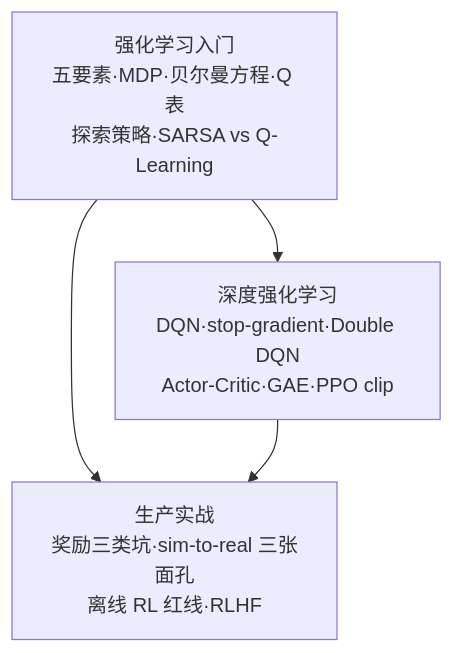
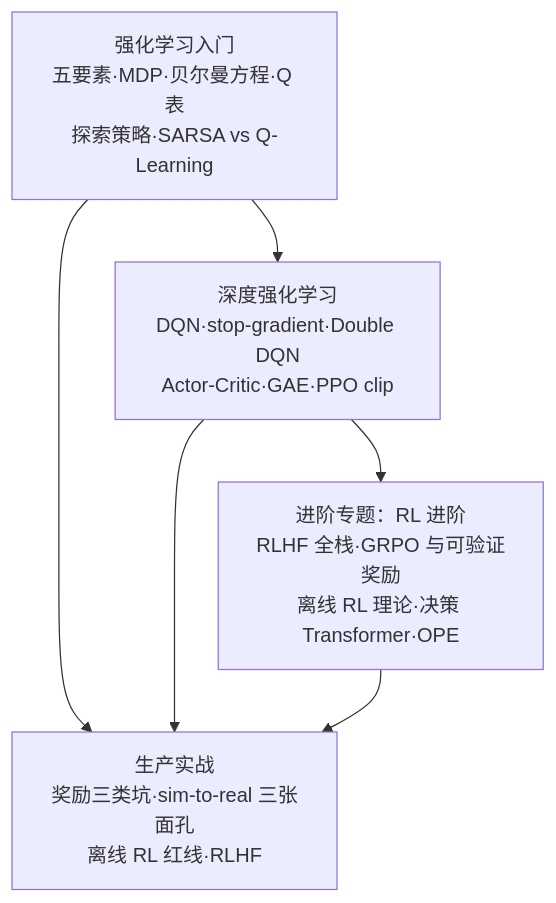
One commit to lizhengzhong20-sketch/model_learning changed the diagram in docs/4-专业方向/10-强化学习/README.md. Above: the diagram before and after it, drawn with Mermaid. The commit also changed other lines of this file and 82 other files, not shown here.

````diff
--- a/docs/4-专业方向/10-强化学习/README.md
+++ b/docs/4-专业方向/10-强化学习/README.md
@@ -9,6 +9,8 @@
 ```mermaid
 graph TD
     A["强化学习入门<br/>五要素·MDP·贝尔曼方程·Q 表<br/>探索策略·SARSA vs Q-Learning"] --> B["深度强化学习<br/>DQN·stop-gradient·Double DQN<br/>Actor-Critic·GAE·PPO clip"]
     A --> C["生产实战<br/>奖励三类坑·sim-to-real 三张面孔<br/>离线 RL 红线·RLHF"]
+    B --> D["进阶专题：RL 进阶<br/>RLHF 全栈·GRPO 与可验证奖励<br/>离线 RL 理论·决策 Transformer·OPE"]
     B --> C
+    D --> C
 ```
````
